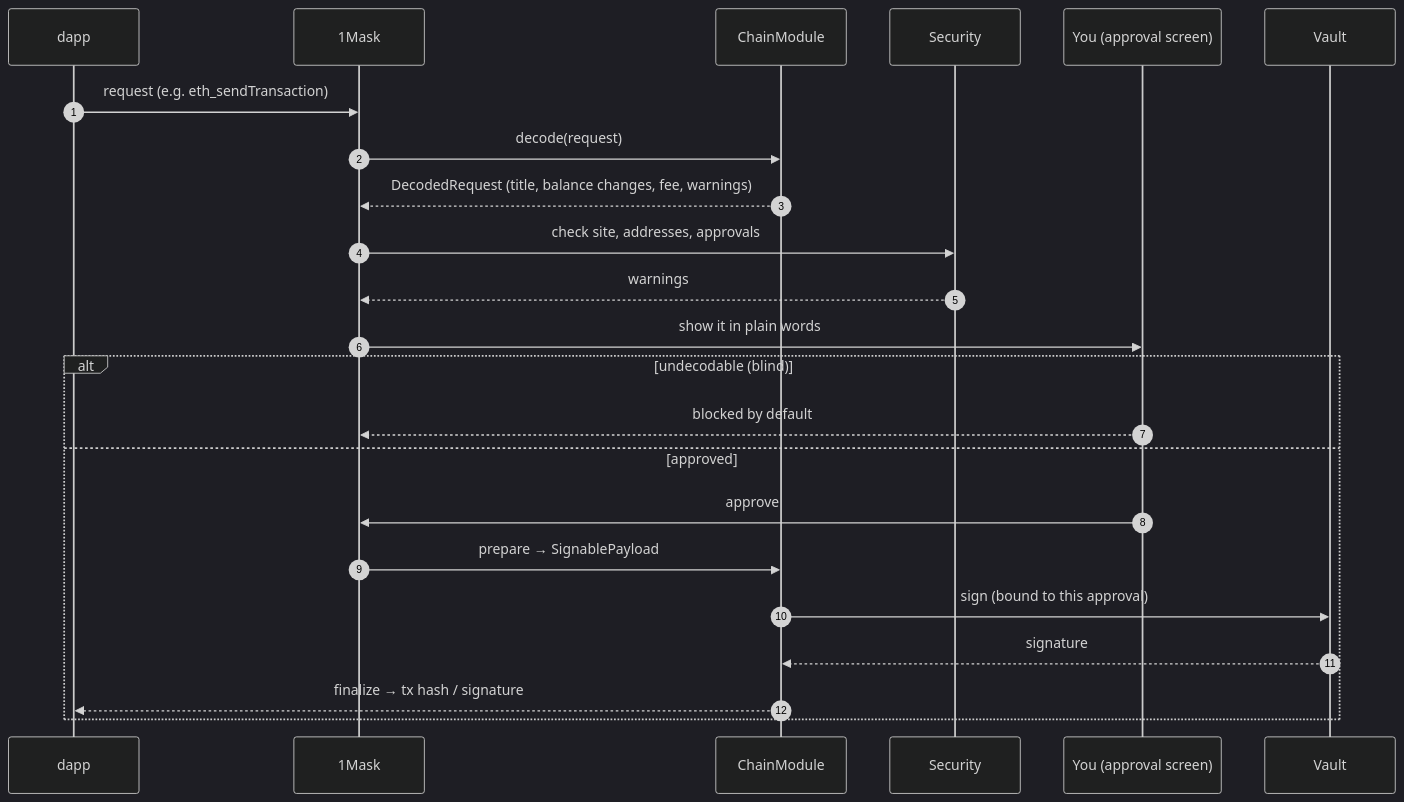
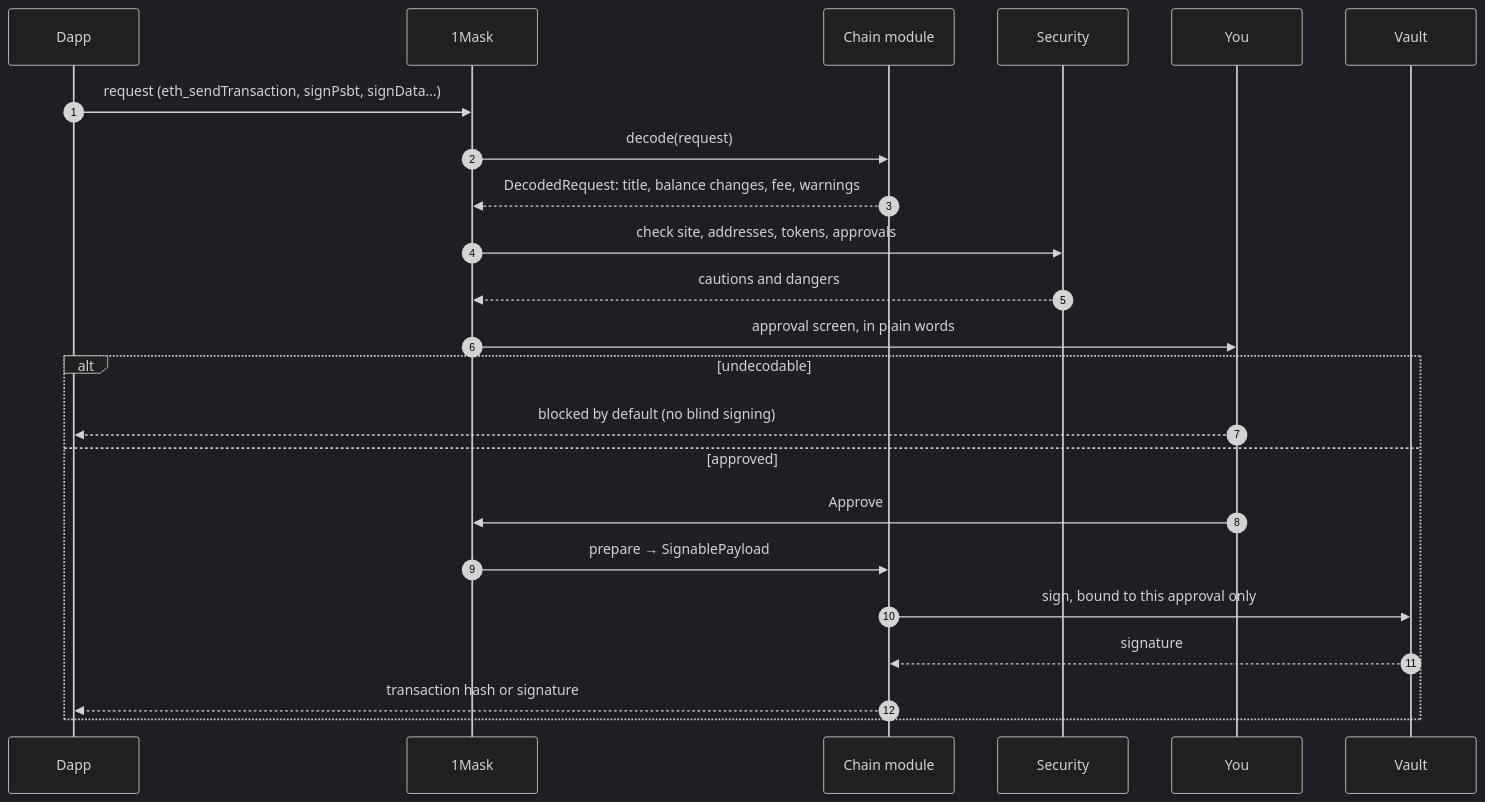
The second of 3 diagrams in README.md (ColdAI-org/clip-wallet), drawn with Mermaid (dark theme) before and after one commit. The commit also changed other lines of this file and 38 other files, not shown here.

First line of the commit message:
docs: showcase README with screenshots, animations and diagrams

````diff
--- a/README.md
+++ b/README.md
@@ -119,25 +293,25 @@
 ```mermaid
 sequenceDiagram
-    autonumber
-    participant App as dapp
-    participant M as 1Mask
-    participant C as ChainModule
-    participant S as Security
-    participant U as You (approval screen)
-    participant V as Vault
-    App->>M: request (e.g. eth_sendTransaction)
-    M->>C: decode(request)
-    C-->>M: DecodedRequest (title, balance changes, fee, warnings)
-    M->>S: check site, addresses, approvals
-    S-->>M: warnings
-    M->>U: show it in plain words
-    alt undecodable (blind)
-        U-->>M: blocked by default
-    else approved
-        U->>M: approve
-        M->>C: prepare → SignablePayload
-        C->>V: sign (bound to this approval)
-        V-->>C: signature
-        C-->>App: finalize → tx hash / signature
-    end
+  autonumber
+  participant App as Dapp
+  participant M as 1Mask
+  participant C as Chain module
+  participant S as Security
+  participant U as You
+  participant V as Vault
+  App->>M: request (eth_sendTransaction, signPsbt, signData…)
+  M->>C: decode(request)
+  C-->>M: DecodedRequest: title, balance changes, fee, warnings
+  M->>S: check site, addresses, tokens, approvals
+  S-->>M: cautions and dangers
+  M->>U: approval screen, in plain words
+  alt undecodable
+    U-->>App: blocked by default (no blind signing)
+  else approved
+    U->>M: Approve
+    M->>C: prepare → SignablePayload
+    C->>V: sign, bound to this approval only
+    V-->>C: signature
+    C-->>App: transaction hash or signature
+  end
 ```
````
